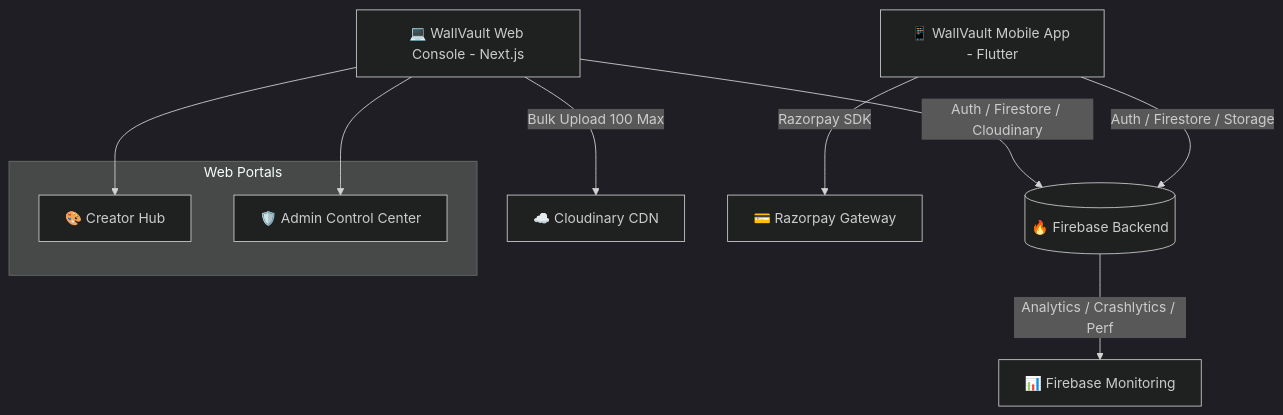
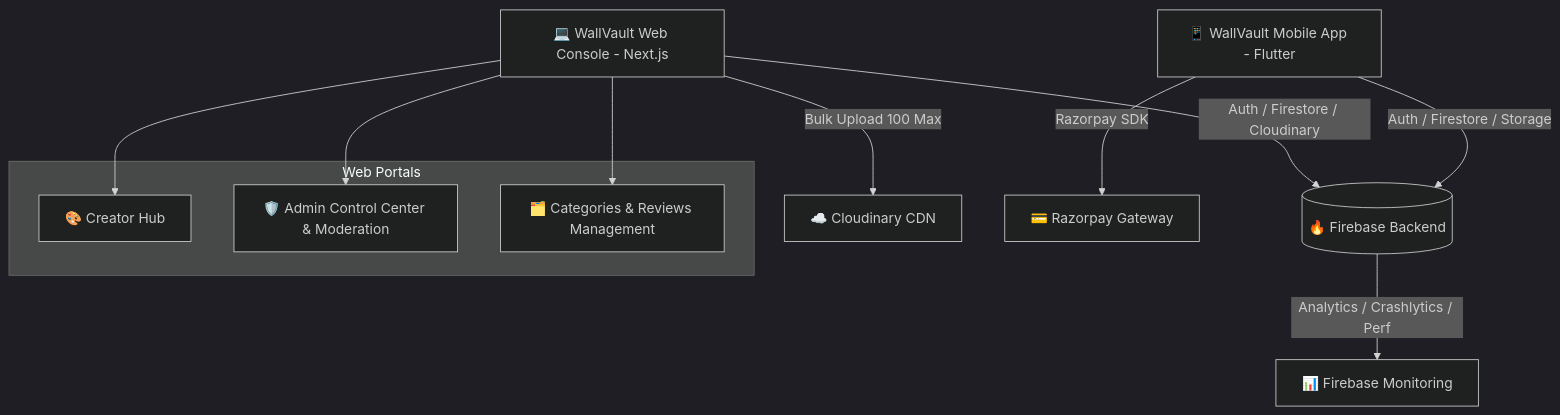
One commit to Masthan008/wallvault changed the diagram in README.md. Above: the diagram before and after it, drawn with Mermaid (dark theme). The commit also changed other lines of this file, not shown here.

Commit message:
Update README.md with newly added features, live mockup preview, review moderation, categories management, and nav_bar engine documentation

````diff
--- a/README.md
+++ b/README.md
@@ -32,15 +32,17 @@
 ```mermaid
 graph TD
     A[📱 WallVault Mobile App - Flutter] -->|Auth / Firestore / Storage| C[(🔥 Firebase Backend)]
     B[💻 WallVault Web Console - Next.js] -->|Auth / Firestore / Cloudinary| C
     B -->|Bulk Upload 100 Max| D[☁️ Cloudinary CDN]
     A -->|Razorpay SDK| E[💳 Razorpay Gateway]
     C -->|Analytics / Crashlytics / Perf| F[📊 Firebase Monitoring]
     
     subgraph Web Portals
         B1[🎨 Creator Hub]
-        B2[🛡️ Admin Control Center]
+        B2[🛡️ Admin Control Center & Moderation]
+        B3[🗂️ Categories & Reviews Management]
     end
     B --> B1
     B --> B2
+    B --> B3
 ```
````
